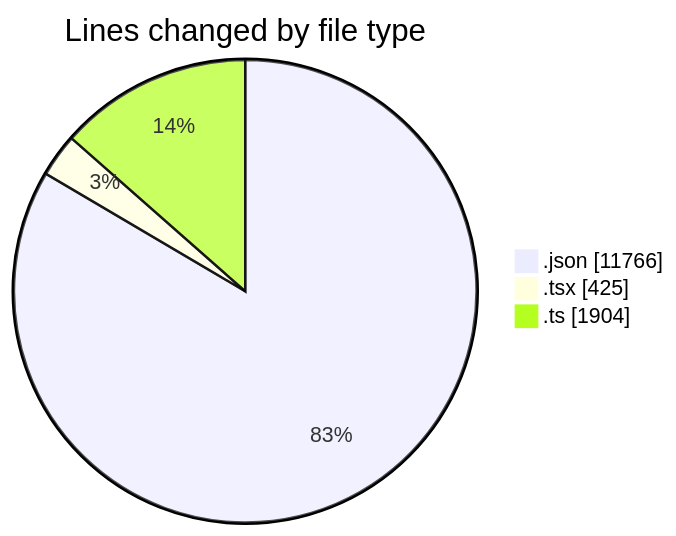
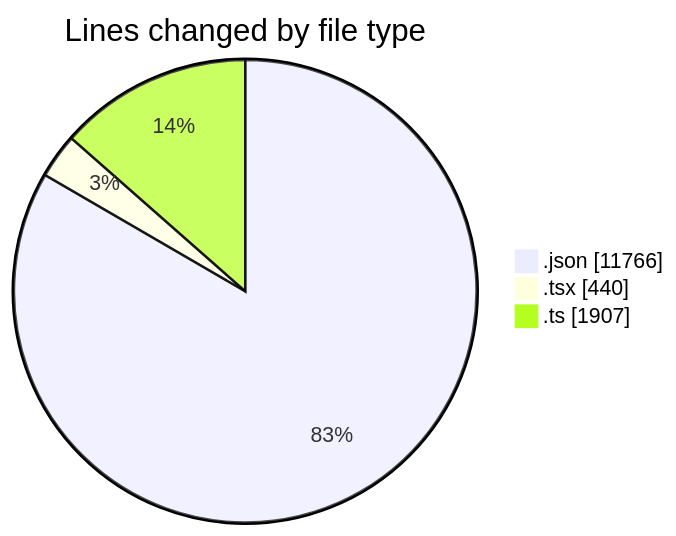
One commit to nxtqubesakshisongat/code-tracking changed the first of 2 diagrams in 2026-04-16/airfeed-analytics-dashboard/README.md. Above: the diagram before and after it, drawn with Mermaid. The commit also changed other lines of this file and 1 other file, not shown here.

````diff
--- a/2026-04-16/airfeed-analytics-dashboard/README.md
+++ b/2026-04-16/airfeed-analytics-dashboard/README.md
@@ -29,7 +29,7 @@
 ```mermaid
 pie showData
 title Lines changed by file type
 ".json" : 11766
-".tsx" : 425
-".ts" : 1904
+".tsx" : 440
+".ts" : 1907
 ```
````
